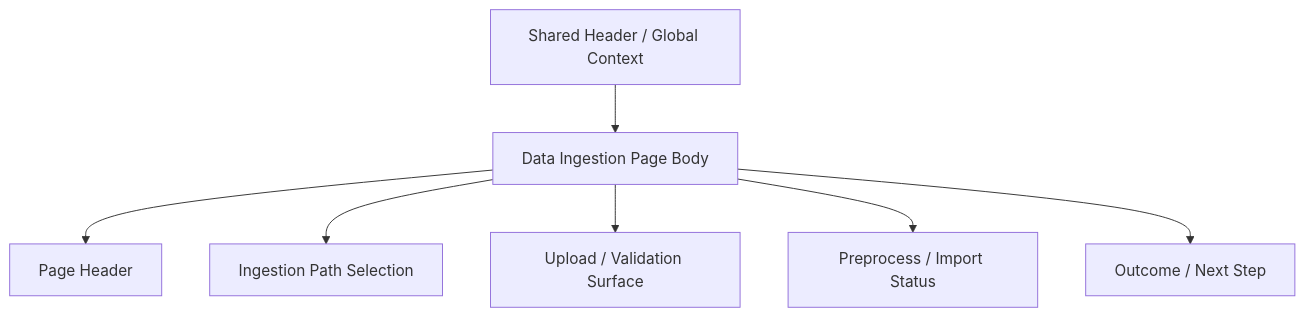
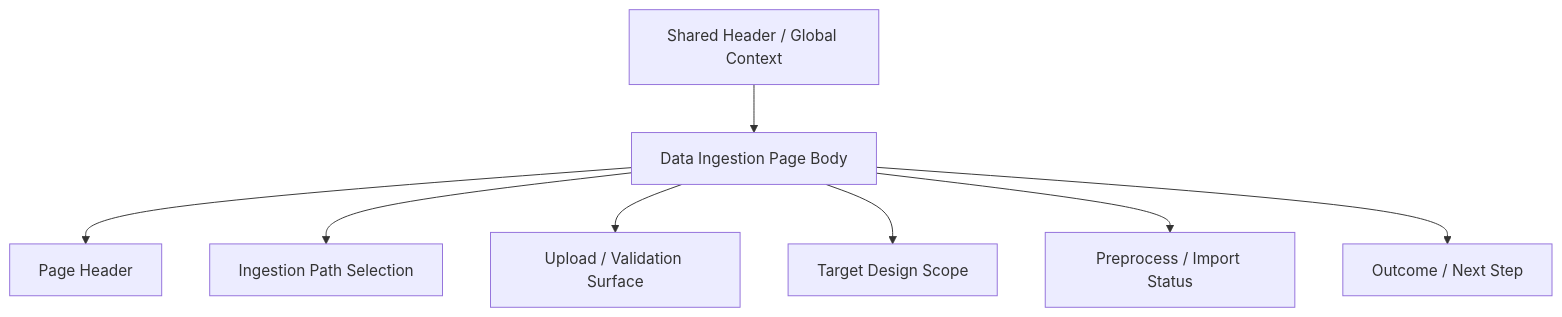
One commit to arfiligol/superconducting-circuits-research-workbench changed the diagram in docs/reference/app/frontend/workspace/data-ingestion.md. Above: the diagram before and after it, drawn with Mermaid. The commit also changed other lines of this file and 12 other files, not shown here.

Commit message:
docs: define design scope lifecycle contract

````diff
--- a/docs/reference/app/frontend/workspace/data-ingestion.md
+++ b/docs/reference/app/frontend/workspace/data-ingestion.md
@@ -65,9 +68,10 @@
 ```mermaid
 flowchart TD
     Header["Shared Header / Global Context"] --> Main["Data Ingestion Page Body"]
     Main --> H1["Page Header"]
     Main --> Scope["Ingestion Path Selection"]
     Main --> Upload["Upload / Validation Surface"]
+    Main --> Target["Target Design Scope"]
     Main --> Import["Preprocess / Import Status"]
     Main --> Outcome["Outcome / Next Step"]
 ```
````
